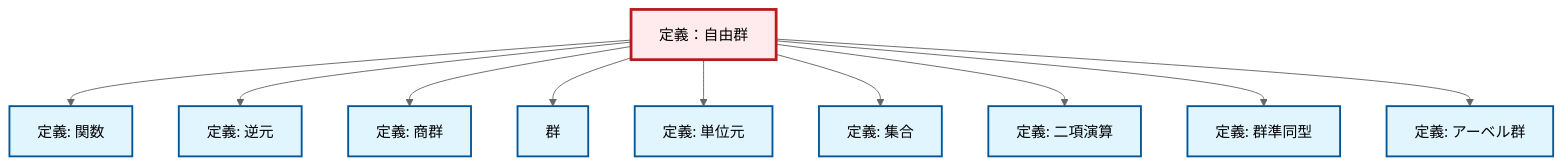
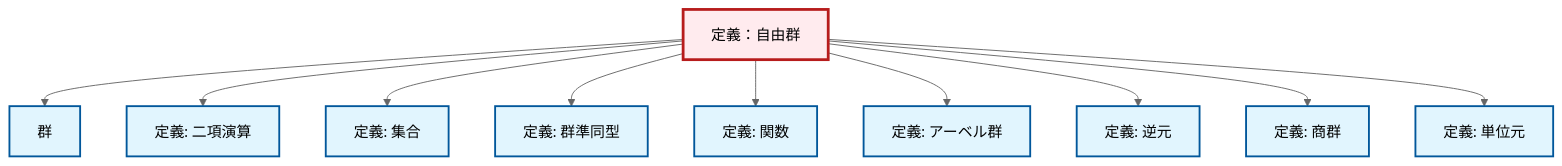
Before and after one commit to RK0429/ModernMath: the diagram in content/ja/algebra/def-free-group.qmd, drawn with Mermaid (neutral theme). The commit also changed other lines of this file and 328 other files, not shown here.

````diff
--- a/content/ja/algebra/def-free-group.qmd
+++ b/content/ja/algebra/def-free-group.qmd
@@ -101,38 +101,38 @@
 ```{mermaid}
 %%| fig-cap: "ローカル依存関係グラフ"
 graph TD
     classDef definition fill:#e1f5fe,stroke:#01579b,stroke-width:2px
     classDef theorem fill:#f3e5f5,stroke:#4a148c,stroke-width:2px
     classDef axiom fill:#fff3e0,stroke:#e65100,stroke-width:2px
     classDef example fill:#e8f5e9,stroke:#1b5e20,stroke-width:2px
     classDef current fill:#ffebee,stroke:#b71c1c,stroke-width:3px
+    def-identity-element["定義: 単位元"]:::definition
+    def-function["定義: 関数"]:::definition
+    def-abelian-group["定義: アーベル群"]:::definition
     def-inverse-element["定義: 逆元"]:::definition
     def-set["定義: 集合"]:::definition
+    def-homomorphism["定義: 群準同型"]:::definition
+    def-group["群"]:::definition
+    def-binary-operation["定義: 二項演算"]:::definition
+    def-free-group["定義：自由群"]:::definition
     def-quotient-group["定義: 商群"]:::definition
-    def-binary-operation["定義: 二項演算"]:::definition
-    def-function["定義: 関数"]:::definition
-    def-homomorphism["定義: 群準同型"]:::definition
-    def-free-group["定義：自由群"]:::definition
-    def-group["群"]:::definition
-    def-identity-element["定義: 単位元"]:::definition
-    def-abelian-group["定義: アーベル群"]:::definition
+    def-free-group --> def-group
+    def-free-group --> def-binary-operation
+    def-free-group --> def-set
+    def-free-group --> def-homomorphism
     def-free-group --> def-function
+    def-free-group --> def-abelian-group
     def-free-group --> def-inverse-element
     def-free-group --> def-quotient-group
-    def-free-group --> def-group
     def-free-group --> def-identity-element
-    def-free-group --> def-set
-    def-free-group --> def-binary-operation
-    def-free-group --> def-homomorphism
-    def-free-group --> def-abelian-group
     class def-free-group current
+    click def-identity-element "def-identity-element.html" "単位元の定義へ"
+    click def-function "def-function.html" "関数の定義へ"
+    click def-abelian-group "def-abelian-group.html" "アーベル群の定義へ"
     click def-inverse-element "def-inverse-element.html" "逆元の定義へ"
     click def-set "def-set.html" "集合の定義へ"
-    click def-quotient-group "def-quotient-group.html" "商群の定義へ"
-    click def-binary-operation "def-binary-operation.html" "二項演算の定義へ"
-    click def-function "def-function.html" "関数の定義へ"
     click def-homomorphism "def-homomorphism.html" "群準同型の定義へ"
     click def-group "def-group.html" "群へ"
-    click def-identity-element "def-identity-element.html" "単位元の定義へ"
-    click def-abelian-group "def-abelian-group.html" "アーベル群の定義へ"
+    click def-binary-operation "def-binary-operation.html" "二項演算の定義へ"
+    click def-quotient-group "def-quotient-group.html" "商群の定義へ"
 ```
````
